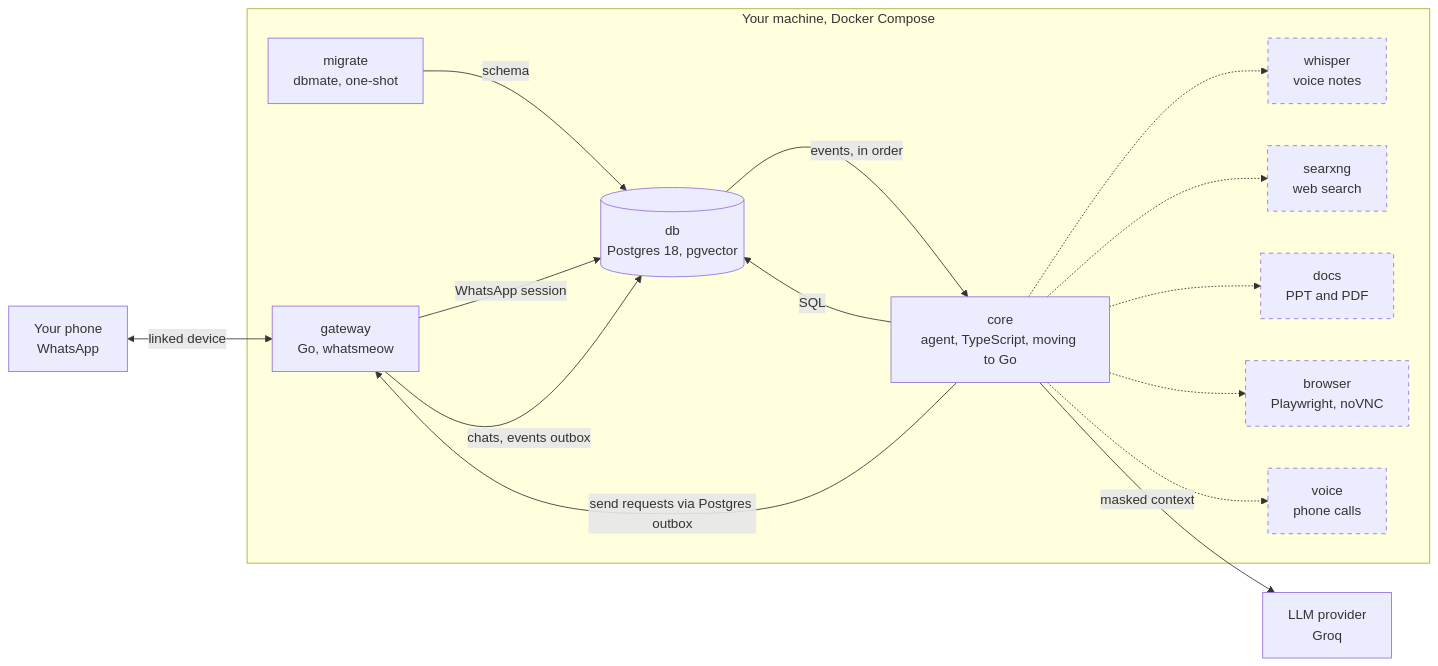
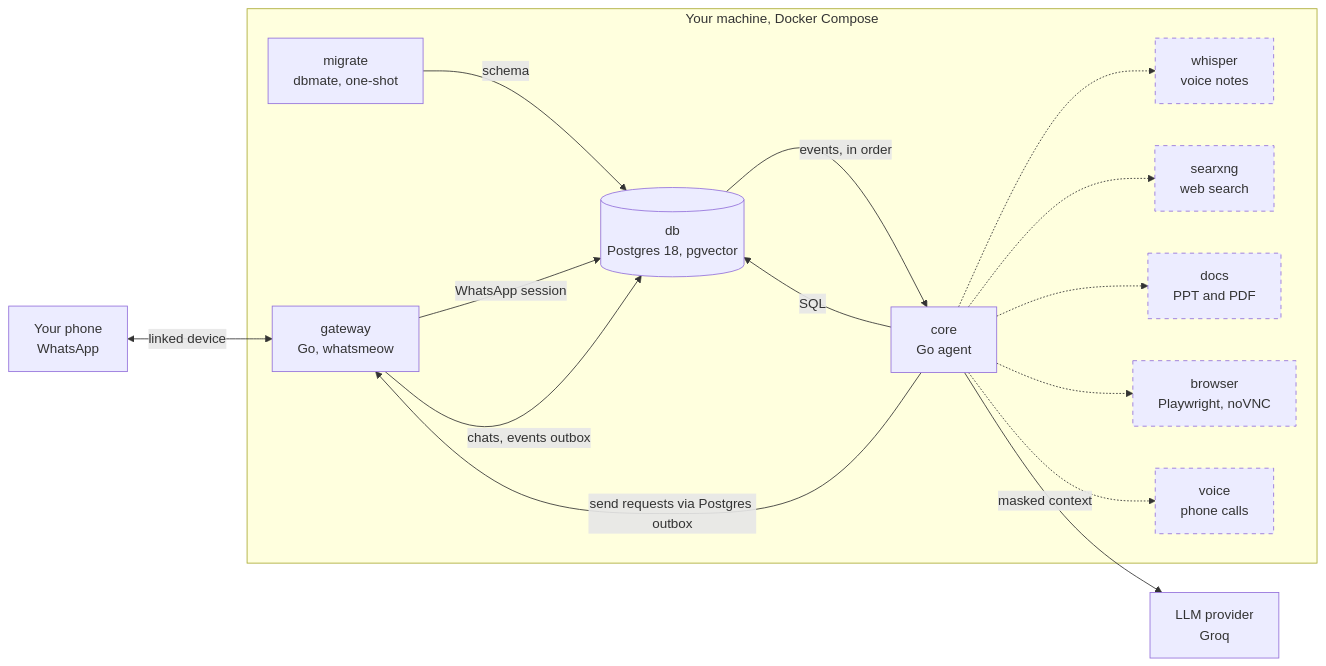
One commit to Anmolas1402/kaya changed the first of 5 diagrams in README.md. Above: the diagram before and after it, drawn with Mermaid. The commit also changed other lines of this file and 3 other files, not shown here.

````diff
--- a/README.md
+++ b/README.md
@@ -167,34 +166,34 @@
 ```mermaid
 flowchart LR
     phone["Your phone<br/>WhatsApp"]
     llm["LLM provider<br/>Groq"]
 
     subgraph host["Your machine, Docker Compose"]
         gateway["gateway<br/>Go, whatsmeow"]
-        core["core<br/>agent, TypeScript, moving to Go"]
+        core["core<br/>Go agent"]
         db[("db<br/>Postgres 18, pgvector")]
         migrate["migrate<br/>dbmate, one-shot"]
         whisper["whisper<br/>voice notes"]
         searxng["searxng<br/>web search"]
         docs["docs<br/>PPT and PDF"]
         browser["browser<br/>Playwright, noVNC"]
         voice["voice<br/>phone calls"]
     end
 
     phone <-->|"linked device"| gateway
     migrate -->|"schema"| db
     gateway -->|"WhatsApp session"| db
     core -->|"SQL"| db
     gateway -->|"chats, events outbox"| db
     db -->|"events, in order"| core
     core -->|"send requests via Postgres outbox"| gateway
     core -->|"masked context"| llm
     core -.-> whisper
     core -.-> searxng
     core -.-> docs
     core -.-> browser
     core -.-> voice
 
     classDef planned stroke-dasharray: 5 5
     class whisper,searxng,docs,browser,voice planned
 ```
````
